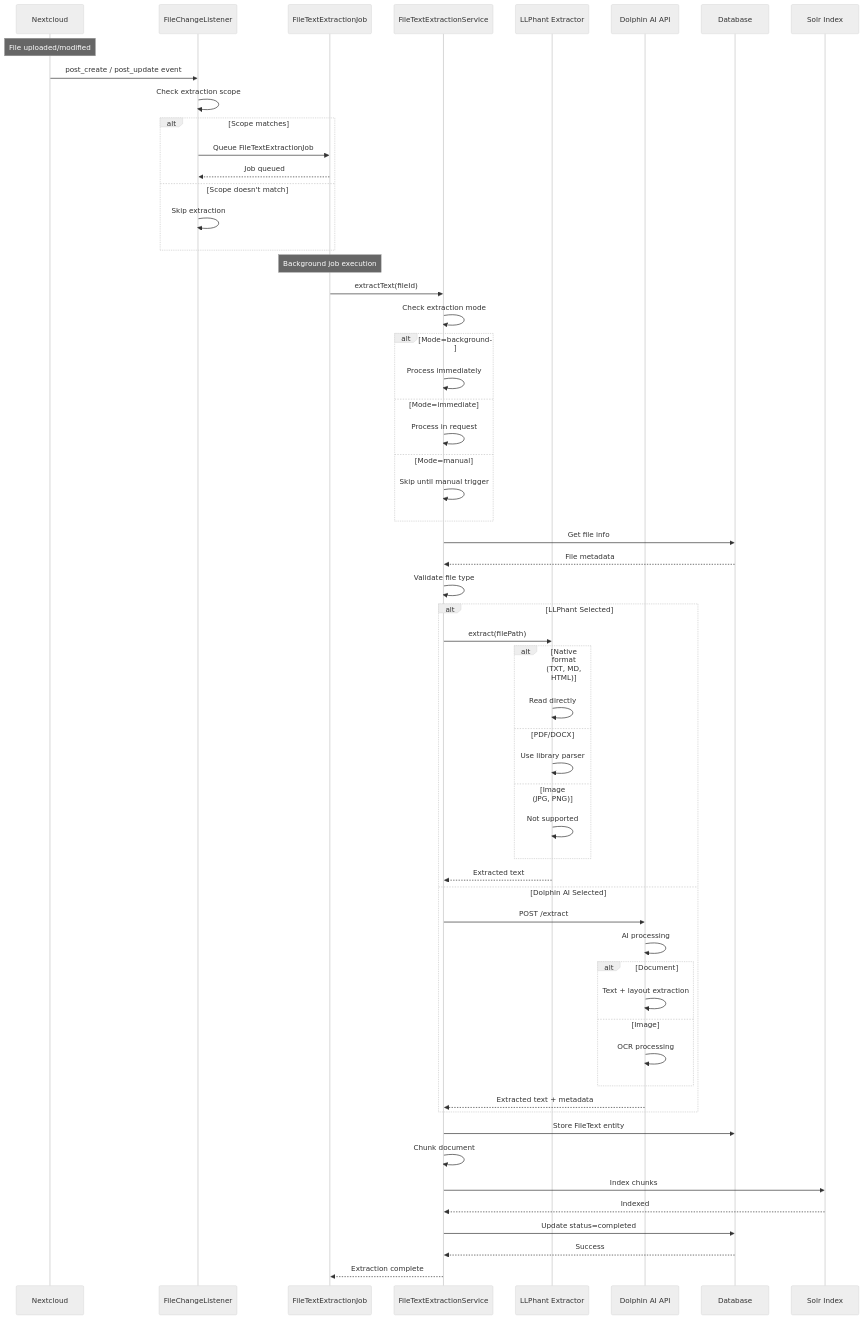
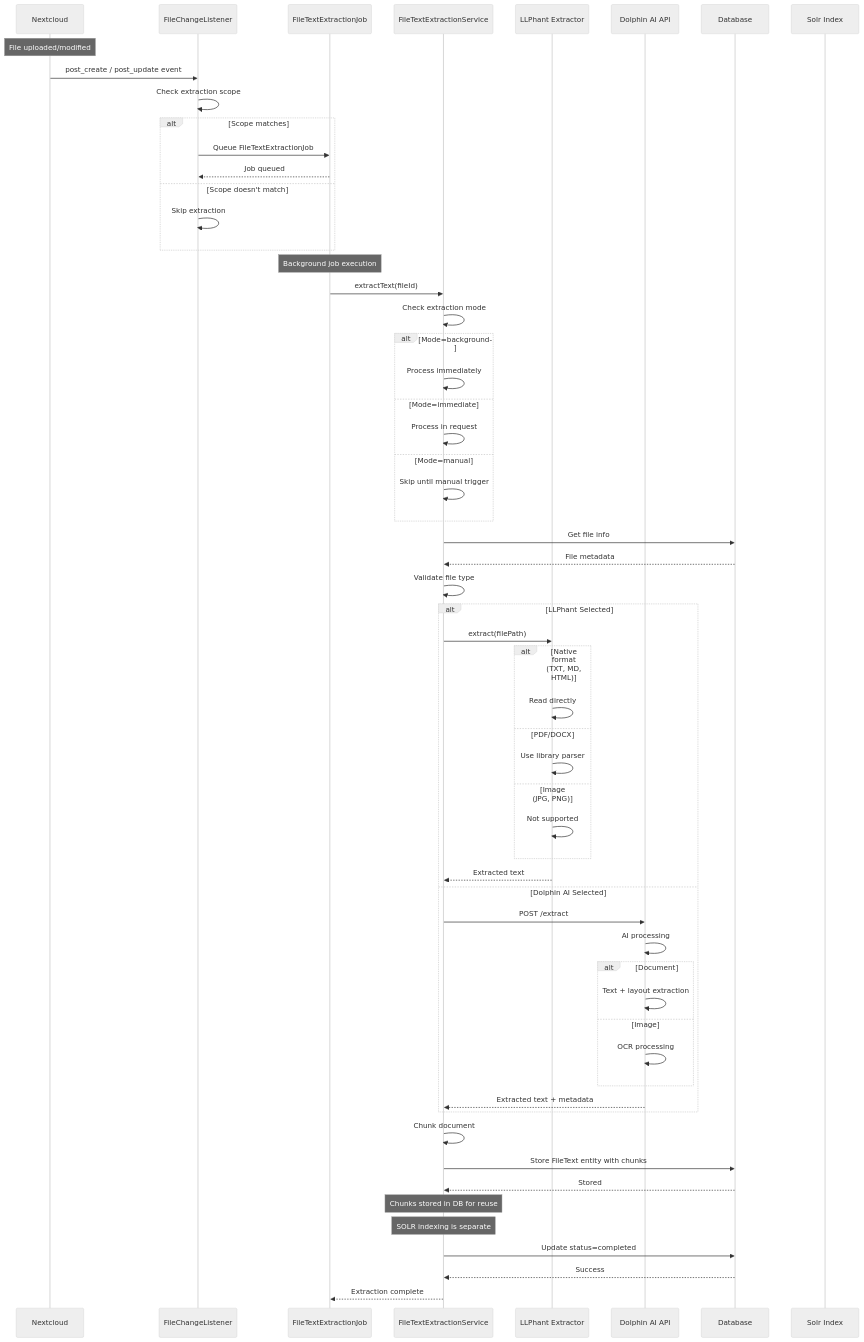
The third of 7 diagrams in website/docs/Features/files.md (ConductionNL/openregister), drawn with Mermaid (neutral theme) before and after one commit. The commit also changed other lines of this file and 27 other files, not shown here.

````diff
--- a/website/docs/Features/files.md
+++ b/website/docs/Features/files.md
@@ -859,74 +866,76 @@
 ```mermaid
 sequenceDiagram
     participant NC as Nextcloud
     participant Listener as FileChangeListener
     participant Job as FileTextExtractionJob
     participant Service as FileTextExtractionService
     participant LLPhant as LLPhant Extractor
     participant Dolphin as Dolphin AI API
     participant DB as Database
     participant Solr as Solr Index
     
     Note over NC: File uploaded/modified
     NC->>Listener: post_create / post_update event
     
     Listener->>Listener: Check extraction scope
     alt Scope matches
         Listener->>Job: Queue FileTextExtractionJob
         Job-->>Listener: Job queued
     else Scope doesn't match
         Listener->>Listener: Skip extraction
     end
     
     Note over Job: Background job execution
     Job->>Service: extractText(fileId)
     
     Service->>Service: Check extraction mode
     alt Mode=background
         Service->>Service: Process immediately
     else Mode=immediate
         Service->>Service: Process in request
     else Mode=manual
         Service->>Service: Skip until manual trigger
     end
     
     Service->>DB: Get file info
     DB-->>Service: File metadata
     
     Service->>Service: Validate file type
     
     alt LLPhant Selected
         Service->>LLPhant: extract(filePath)
         
         alt Native format (TXT, MD, HTML)
             LLPhant->>LLPhant: Read directly
         else PDF/DOCX
             LLPhant->>LLPhant: Use library parser
         else Image (JPG, PNG)
             LLPhant->>LLPhant: Not supported
         end
         
         LLPhant-->>Service: Extracted text
     else Dolphin AI Selected
         Service->>Dolphin: POST /extract
         
         Dolphin->>Dolphin: AI processing
         alt Document
             Dolphin->>Dolphin: Text + layout extraction
         else Image
             Dolphin->>Dolphin: OCR processing
         end
         
         Dolphin-->>Service: Extracted text + metadata
     end
     
-    Service->>DB: Store FileText entity
     Service->>Service: Chunk document
-    Service->>Solr: Index chunks
-    Solr-->>Service: Indexed
+    Service->>DB: Store FileText entity with chunks
+    DB-->>Service: Stored
+    
+    Note over Service: Chunks stored in DB for reuse
+    Note over Service: SOLR indexing is separate
     
     Service->>DB: Update status=completed
     DB-->>Service: Success
     
     Service-->>Job: Extraction complete
 ```
````
